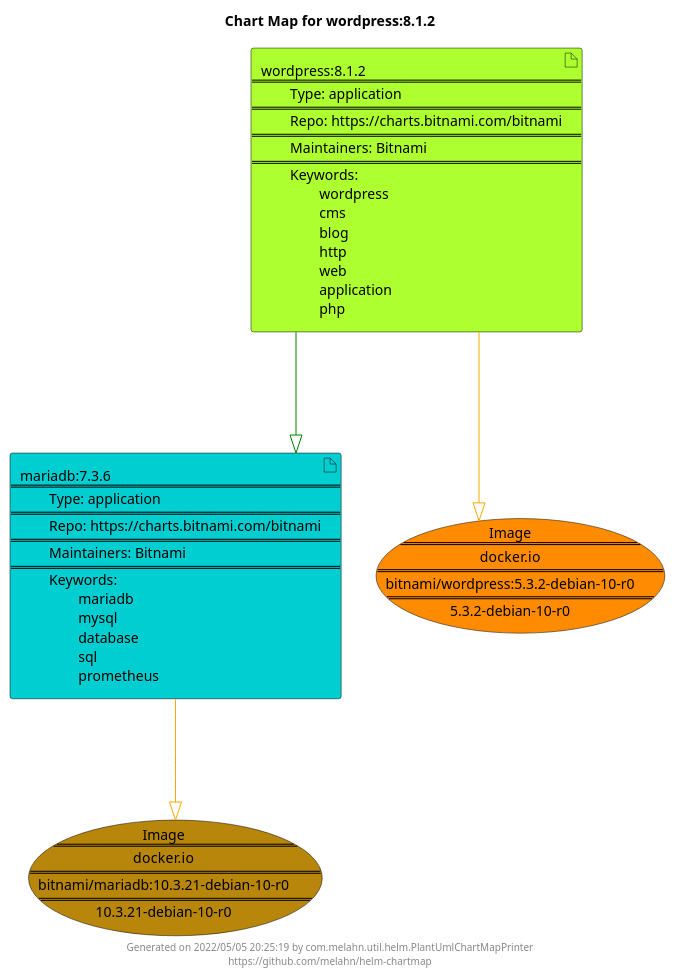
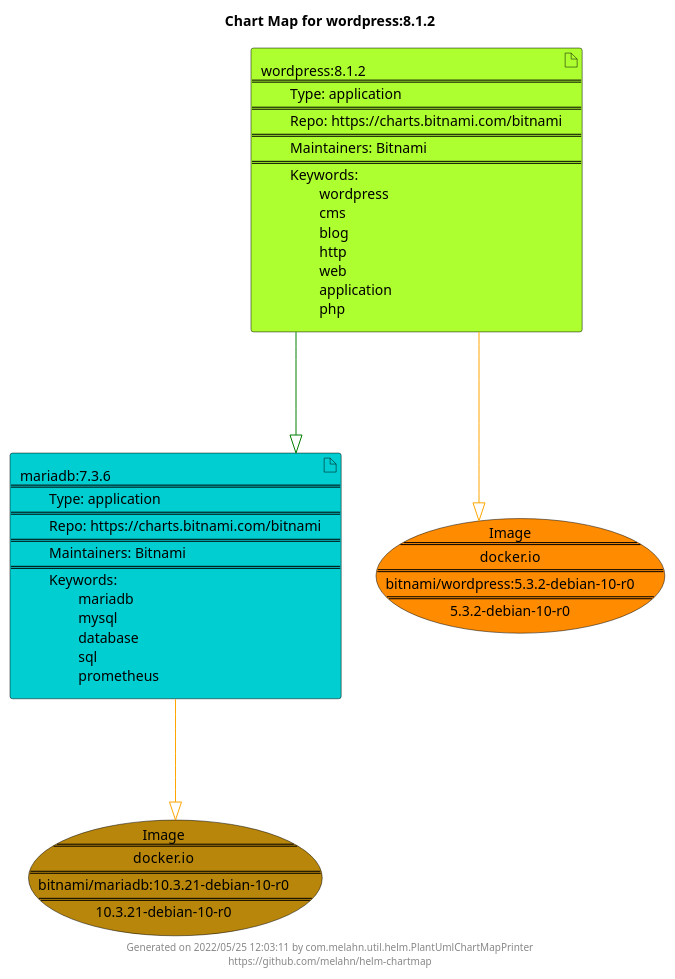
Before and after one commit to melahn/helm-chartmap: the diagram in docs/wordpress/wordpress-8.1.2.puml, drawn with PlantUML. The commit also changed 60 other files, not shown here.

```diff
--- a/docs/wordpress/wordpress-8.1.2.puml
+++ b/docs/wordpress/wordpress-8.1.2.puml
@@ -1,25 +1,25 @@
 @startuml
 skinparam linetype ortho
 skinparam backgroundColor white
 skinparam usecaseBorderColor black
 skinparam usecaseArrowColor LightSlateGray
 skinparam artifactBorderColor black
 skinparam artifactArrowColor LightSlateGray
 
 title Chart Map for wordpress:8.1.2
 
 'There are 2 referenced Helm Charts
 artifact "mariadb:7.3.6\n====\n\tType: application\n====\n\tRepo: https://charts.bitnami.com/bitnami\n====\n\tMaintainers: Bitnami\n====\n\tKeywords: \n\t\tmariadb\n\t\tmysql\n\t\tdatabase\n\t\tsql\n\t\tprometheus" as mariadb_7_3_6 #DarkTurquoise
 artifact "wordpress:8.1.2\n====\n\tType: application\n====\n\tRepo: https://charts.bitnami.com/bitnami\n====\n\tMaintainers: Bitnami\n====\n\tKeywords: \n\t\twordpress\n\t\tcms\n\t\tblog\n\t\thttp\n\t\tweb\n\t\tapplication\n\t\tphp" as wordpress_8_1_2 #GreenYellow
 
 'There are 2 referenced Docker Images
 usecase "Image\n====\ndocker.io\n====\nbitnami/mariadb:10.3.21-debian-10-r0\n====\n10.3.21-debian-10-r0" as docker_io_bitnami_mariadb_10_3_21_debian_10_r0 #DarkGoldenRod
 usecase "Image\n====\ndocker.io\n====\nbitnami/wordpress:5.3.2-debian-10-r0\n====\n5.3.2-debian-10-r0" as docker_io_bitnami_wordpress_5_3_2_debian_10_r0 #Darkorange
 
 'Chart Dependencies
 wordpress_8_1_2--[#green]-|>mariadb_7_3_6
 mariadb_7_3_6--[#orange]-|>docker_io_bitnami_mariadb_10_3_21_debian_10_r0
 wordpress_8_1_2--[#orange]-|>docker_io_bitnami_wordpress_5_3_2_debian_10_r0
 
-center footer Generated on 2022/05/05 20:25:19 by com.melahn.util.helm.PlantUmlChartMapPrinter\nhttps://github.com/melahn/helm-chartmap
+center footer Generated on 2022/05/25 12:03:11 by com.melahn.util.helm.PlantUmlChartMapPrinter\nhttps://github.com/melahn/helm-chartmap
 @enduml
```
